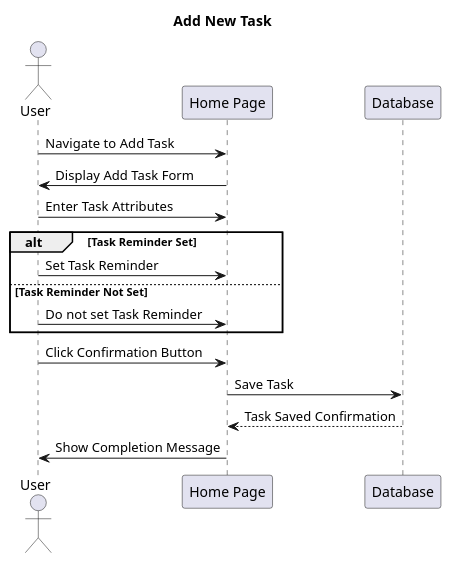
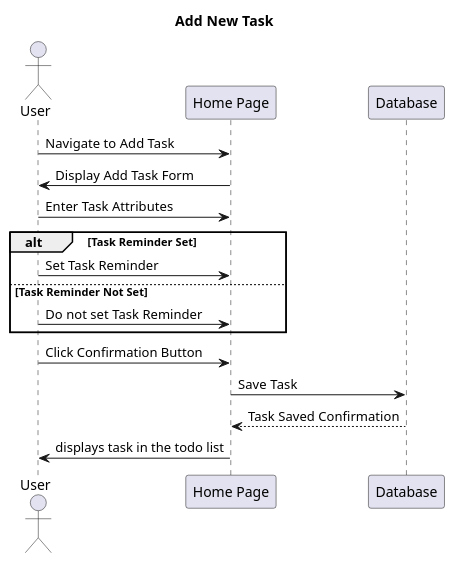
One commit to rofidakhaled/On-Time changed the diagram in diagrams and usecases/sequencediagram/sequence_addtask.puml. Above: the diagram before and after it, drawn with PlantUML.

```diff
--- a/diagrams and usecases/sequencediagram/sequence_addtask.puml
+++ b/diagrams and usecases/sequencediagram/sequence_addtask.puml
@@ -1,24 +1,24 @@
 @startuml
 
 title Add New Task
 
 actor User
 participant "Home Page" as Page
 participant "Database" as DB
 
 User -> Page: Navigate to Add Task
 Page -> User: Display Add Task Form
 User -> Page: Enter Task Attributes
 alt Task Reminder Set
     User -> Page: Set Task Reminder
 else Task Reminder Not Set
     User -> Page: Do not set Task Reminder
 end
 User -> Page: Click Confirmation Button
 
 Page -> DB: Save Task
 DB --> Page: Task Saved Confirmation
 
-Page -> User: Show Completion Message
+Page -> User: displays task in the todo list
 
 @enduml
```
